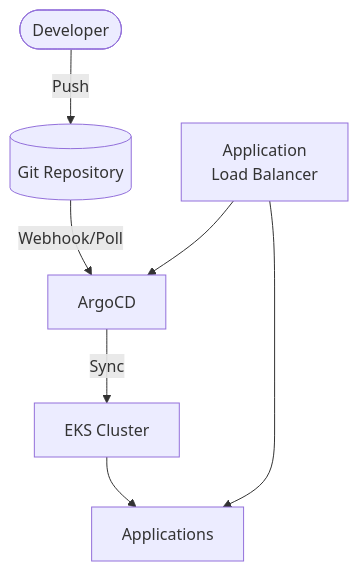
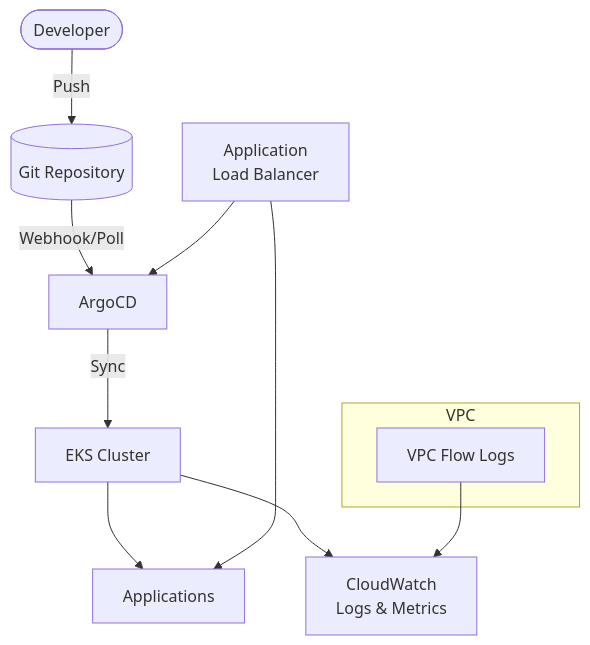
One commit to berTrindade/terraform-infrastructure-blueprints changed the diagram in aws/eks-argocd/README.md. Above: the diagram before and after it, drawn with Mermaid. The commit also changed other lines of this file and 5 other files, not shown here.

First line of the commit message:
feat: add VPC Flow Logs and CloudWatch Container Insights support

````diff
--- a/aws/eks-argocd/README.md
+++ b/aws/eks-argocd/README.md
@@ -7,16 +7,23 @@
 ```mermaid
 flowchart TB
     Dev([Developer])
     Git[(Git Repository)]
     ArgoCD[ArgoCD]
     EKS[EKS Cluster]
     Apps[Applications]
     ALB[Application<br/>Load Balancer]
+    CW[CloudWatch<br/>Logs & Metrics]
+    
+    subgraph vpc [VPC]
+        FL[VPC Flow Logs]
+    end
     
     Dev -->|Push| Git
     Git -->|Webhook/Poll| ArgoCD
     ArgoCD -->|Sync| EKS
     EKS --> Apps
     ALB --> ArgoCD
     ALB --> Apps
+    EKS --> CW
+    FL --> CW
 ```
````
